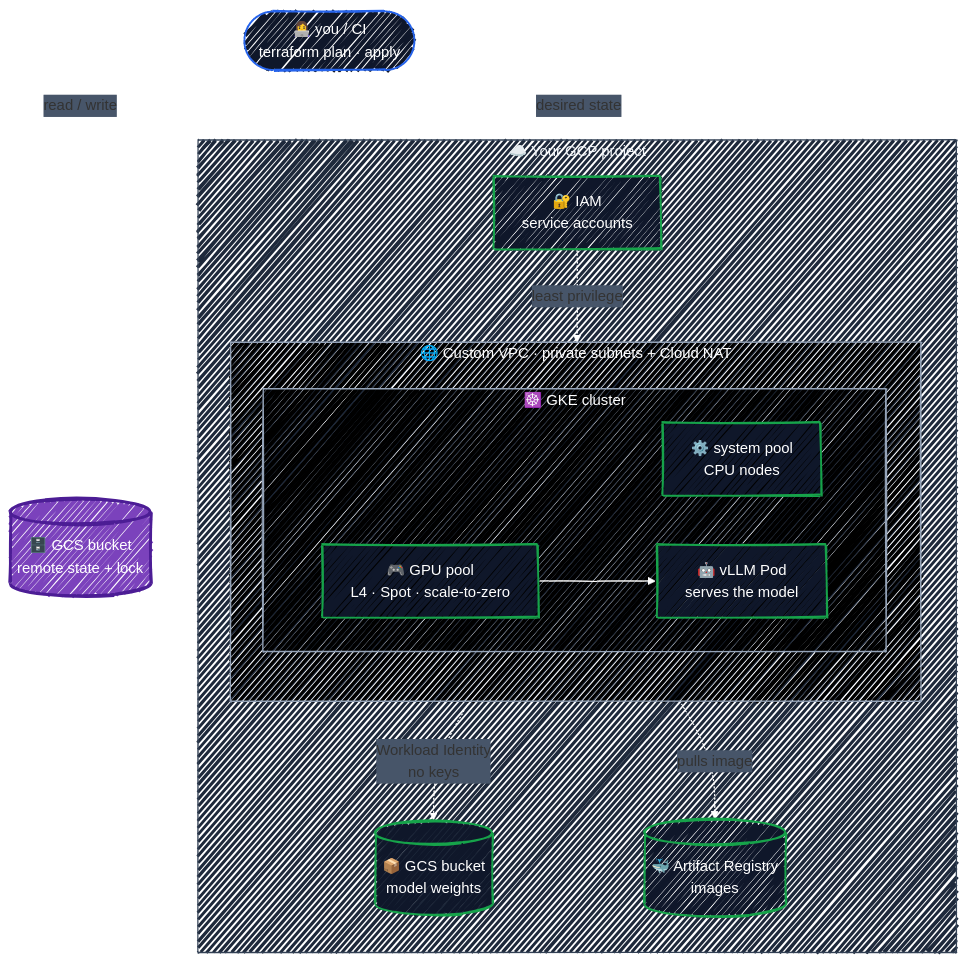
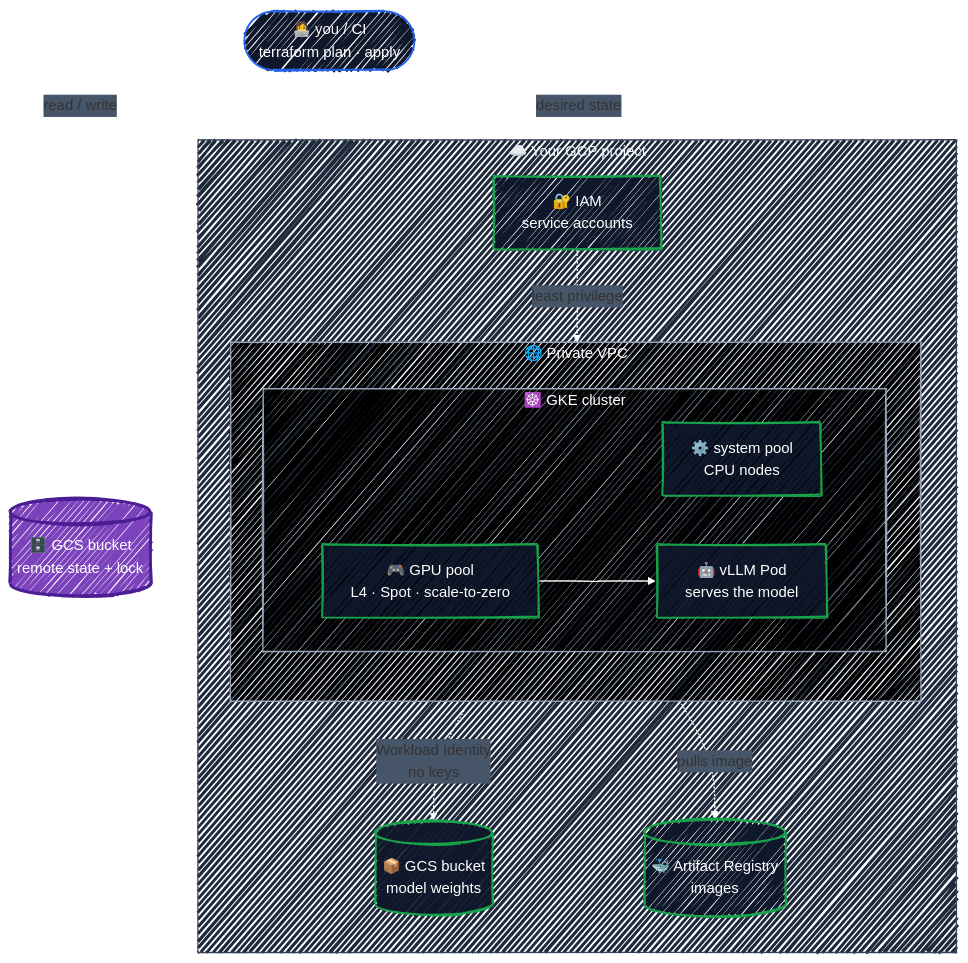
One commit to r97221004/terraform-tutorial changed the diagram in README.md. Above: the diagram before and after it, drawn with Mermaid. The commit also changed 2 other files, not shown here.

Commit message:
docs: write Setup chapter and use mermaid diagrams
AS IS: Setup is a "coming soon" stub, so readers can't get credentials,
a sandbox project, or a budget alert before Core Workflow; the intro
explains the plan loop with ASCII art that renders inconsistently and
doesn't match the README's diagram style

TO BE: Setup walks through installing Terraform and gcloud, the two
separate gcloud logins (only ADC is read by Terraform), a billed sandbox
project, a budget alert created before any resource, and the TF_VAR_*
variables every later chapter expects; ASCII diagrams become mermaid in
the README's hand-drawn style, and the README's VPC label is shortened
so it no longer overlaps the GKE subgraph title

TASK # N/A

````diff
--- a/README.md
+++ b/README.md
@@ -26,54 +26,54 @@
 ```mermaid
 ---
 config:
   look: handDrawn
   theme: default
   themeVariables:
     fontFamily: '"Comic Sans MS", "Comic Sans", "Segoe Print", "Bradley Hand", cursive'
     clusterBkg: '#FAFAFA'
     clusterBorder: '#94A3B8'
     lineColor: '#FFFFFF'
     edgeLabelBackground: '#475569'
   themeCSS: |
     .edgeLabel, .edgeLabel p, .edgeLabel span { color: #FFFFFF !important; }
 ---
 flowchart TB
     you(["👩‍💻 you / CI<br/>terraform plan · apply"])
     state[("🗄️ GCS bucket<br/>remote state + lock")]
 
     subgraph project["☁️ Your GCP project"]
         direction TB
 
-        subgraph vpc["🌐 Custom VPC · private subnets + Cloud NAT"]
+        subgraph vpc["🌐 Private VPC"]
             direction TB
 
             subgraph gke["☸️ GKE cluster"]
                 direction LR
                 sys["⚙️ system pool<br/>CPU nodes"]
                 gpu["🎮 GPU pool<br/>L4 · Spot · scale-to-zero"]
                 vllm["🤖 vLLM Pod<br/>serves the model"]
                 gpu --> vllm
             end
         end
 
         models[("📦 GCS bucket<br/>model weights")]
         ar[("🐳 Artifact Registry<br/>images")]
         iam["🔐 IAM<br/>service accounts"]
     end
 
     you ==>|"desired state"| project
     you <-->|"read / write"| state
     vllm -. "Workload Identity<br/>no keys" .-> models
     vllm -. pulls image .-> ar
     iam -. least privilege .-> vllm
 
     classDef ctrl fill:#0F172A,stroke:#2563EB,stroke-width:2px,color:#FFFFFF
     classDef eng fill:#7B42BC,stroke:#4C1D95,stroke-width:3px,color:#FFFFFF
     classDef tgt fill:#0F172A,stroke:#16A34A,stroke-width:2px,color:#FFFFFF
     class you ctrl
     class state eng
     class sys,gpu,vllm,models,ar,iam tgt
     style project fill:#1E293B,stroke:#334155,color:#F1F5F9,fillStyle:solid
     style vpc fill:#000000,stroke:#94A3B8,color:#FFFFFF,fillStyle:solid
     style gke fill:#000000,stroke:#94A3B8,color:#FFFFFF,fillStyle:solid
 ```
````
